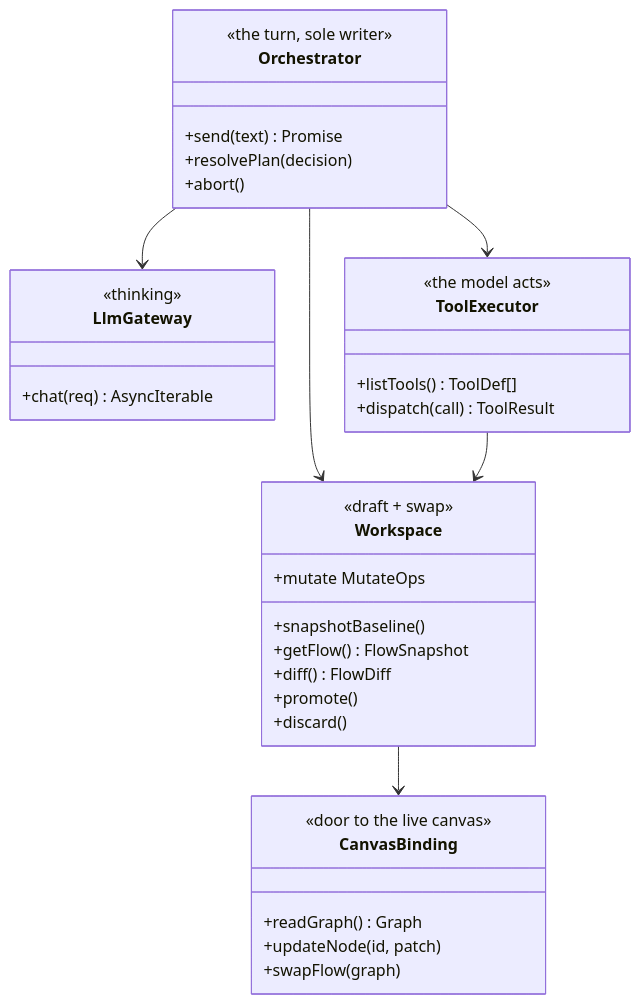
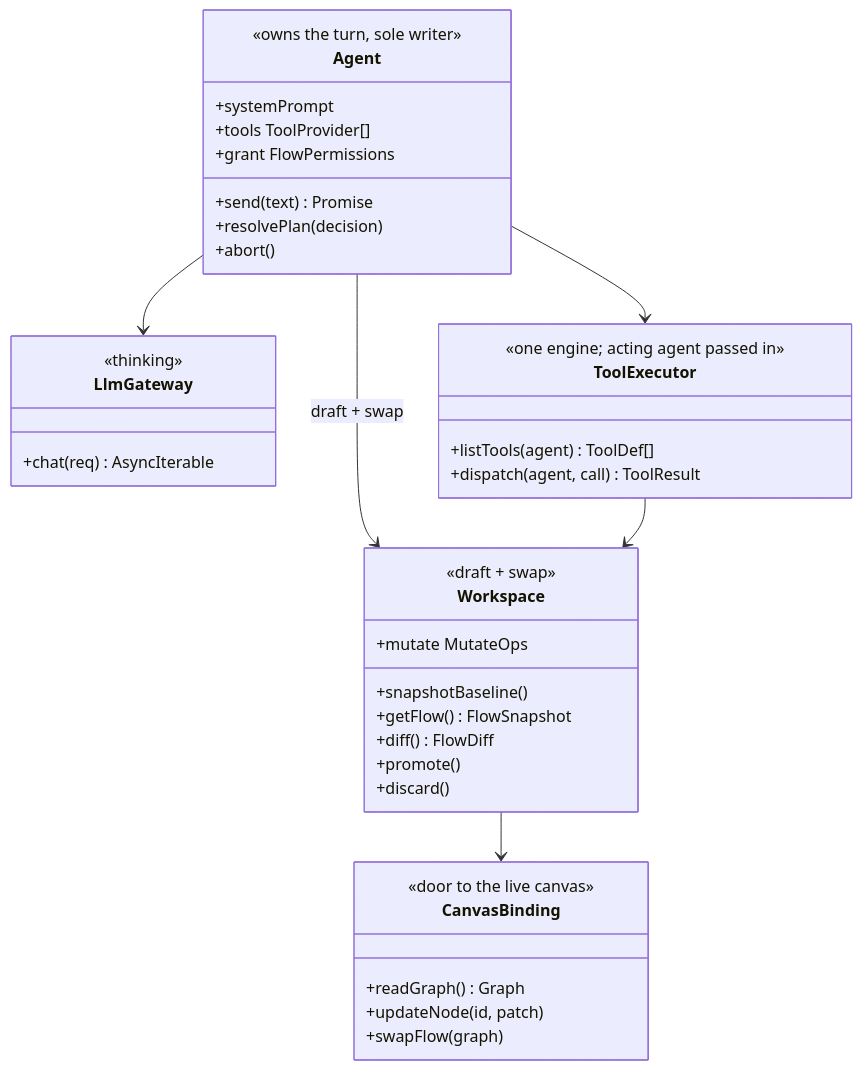
One commit to lemoncloud-io/eureka-flow changed the second of 5 diagrams in docs/specs/0001-agent-chat/README.md. Above: the diagram before and after it, drawn with Mermaid. The commit also changed other lines of this file and 1 other file, not shown here.

First line of the commit message:
docs(agent-chat): redesign around agent-owns-turn + single ToolExecutor

````diff
--- a/docs/specs/0001-agent-chat/README.md
+++ b/docs/specs/0001-agent-chat/README.md
@@ -58,38 +70,42 @@
 ```mermaid
 classDiagram
-    class Orchestrator {
-        <<the turn, sole writer>>
+    class Agent {
+        <<owns the turn, sole writer>>
         +send(text) Promise
         +resolvePlan(decision)
         +abort()
+        %% configured with:
+        +systemPrompt
+        +tools ToolProvider[]
+        +grant FlowPermissions
     }
     class LlmGateway {
         <<thinking>>
         +chat(req) AsyncIterable
     }
     class ToolExecutor {
-        <<the model acts>>
-        +listTools() ToolDef[]
-        +dispatch(call) ToolResult
+        <<one engine; acting agent passed in>>
+        +listTools(agent) ToolDef[]
+        +dispatch(agent, call) ToolResult
     }
     class Workspace {
         <<draft + swap>>
         +snapshotBaseline()
         +getFlow() FlowSnapshot
         +mutate MutateOps
         +diff() FlowDiff
         +promote()
         +discard()
     }
     class CanvasBinding {
         <<door to the live canvas>>
         +readGraph() Graph
         +updateNode(id, patch)
         +swapFlow(graph)
     }
-    Orchestrator --> LlmGateway
-    Orchestrator --> ToolExecutor
-    Orchestrator --> Workspace
+    Agent --> LlmGateway
+    Agent --> ToolExecutor
+    Agent --> Workspace : draft + swap
     ToolExecutor --> Workspace
     Workspace --> CanvasBinding
 ```
````
